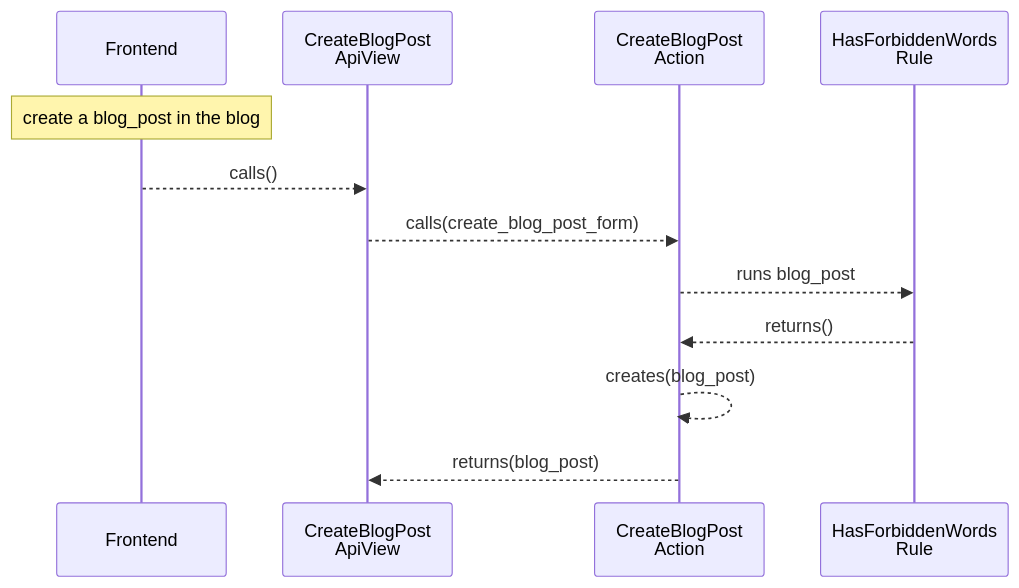
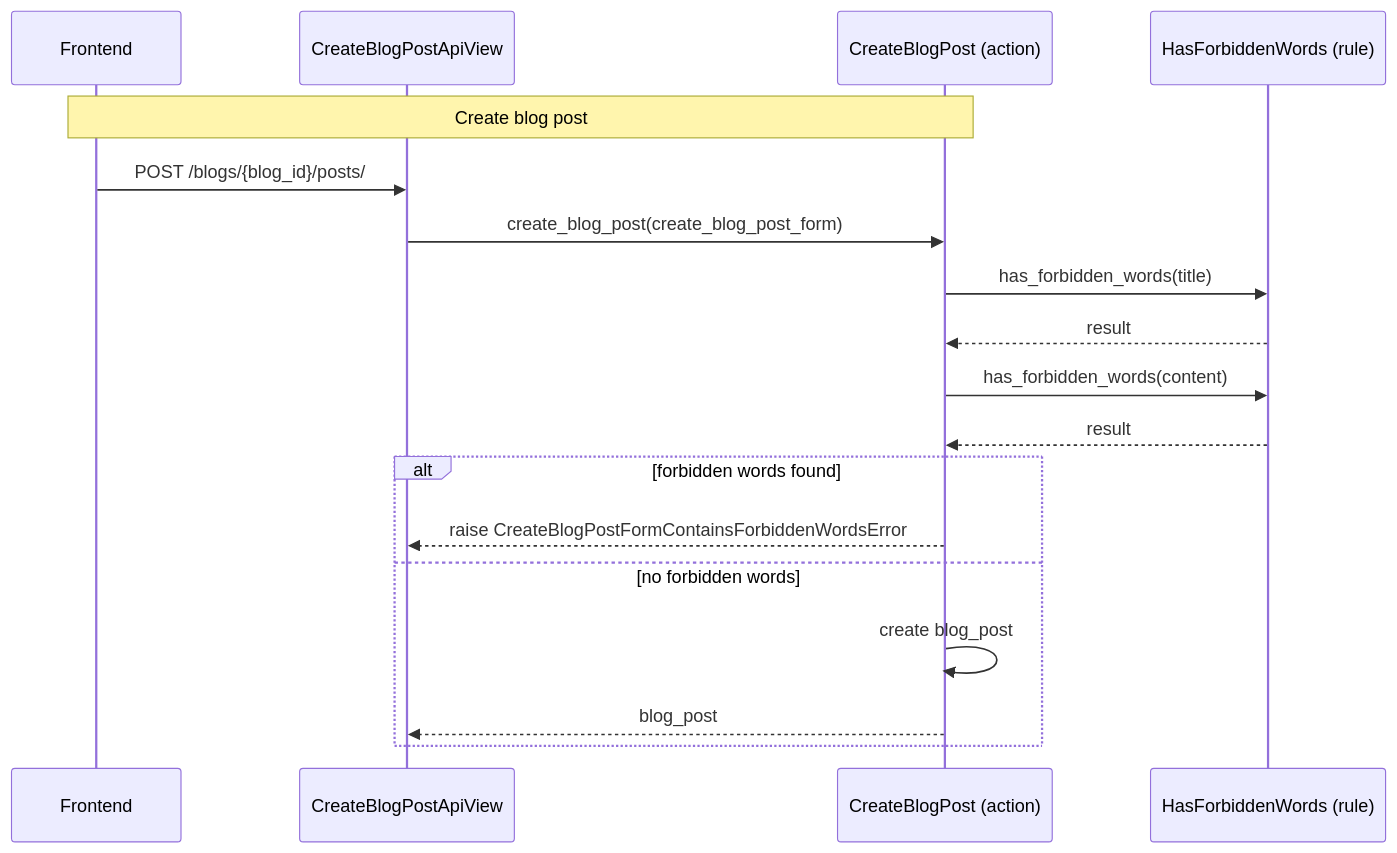
One commit to mnieber/mn-prompts changed the diagram in extra/prompts/examples/blogs/src/services/blogs_be/doc/spec/scenarios/ms2_a_user_creates_a_blog_post.md. Above: the diagram before and after it, drawn with Mermaid. The commit also changed other lines of this file and 8 other files, not shown here.

````diff
--- a/extra/prompts/examples/blogs/src/services/blogs_be/doc/spec/scenarios/ms2_a_user_creates_a_blog_post.md
+++ b/extra/prompts/examples/blogs/src/services/blogs_be/doc/spec/scenarios/ms2_a_user_creates_a_blog_post.md
@@ -7,16 +23,22 @@
 ```mermaid
 sequenceDiagram
-    participant Frontend as Frontend
-    participant CreateBlogPostApiView as CreateBlogPost<br/>ApiView
-    participant CreateBlogPostAction as CreateBlogPost<br/>Action
-    participant HasForbiddenWordsRule as HasForbiddenWords<br/>Rule
+    participant Frontend
+    participant CBPAV as CreateBlogPostApiView
+    participant CBPA as CreateBlogPost (action)
+    participant HFW as HasForbiddenWords (rule)
 
-    # 🔳 Create Blog Post
-    note over Frontend: create a blog_post in the blog
-    Frontend -->> CreateBlogPostApiView: calls()
-    CreateBlogPostApiView -->> CreateBlogPostAction: calls(create_blog_post_form)
-    CreateBlogPostAction -->> HasForbiddenWordsRule: runs blog_post
-    HasForbiddenWordsRule -->> CreateBlogPostAction: returns()
-    CreateBlogPostAction -->> CreateBlogPostAction: creates(blog_post)
-    CreateBlogPostAction -->> CreateBlogPostApiView: returns(blog_post)
+    Note over Frontend,CBPA: Create blog post
+    Frontend->>CBPAV: POST /blogs/{blog_id}/posts/
+    CBPAV->>CBPA: create_blog_post(create_blog_post_form)
+    CBPA->>HFW: has_forbidden_words(title)
+    HFW-->>CBPA: result
+    CBPA->>HFW: has_forbidden_words(content)
+    HFW-->>CBPA: result
+
+    alt forbidden words found
+        CBPA-->>CBPAV: raise CreateBlogPostFormContainsForbiddenWordsError
+    else no forbidden words
+        CBPA->>CBPA: create blog_post
+        CBPA-->>CBPAV: blog_post
+    end
 ```
````
